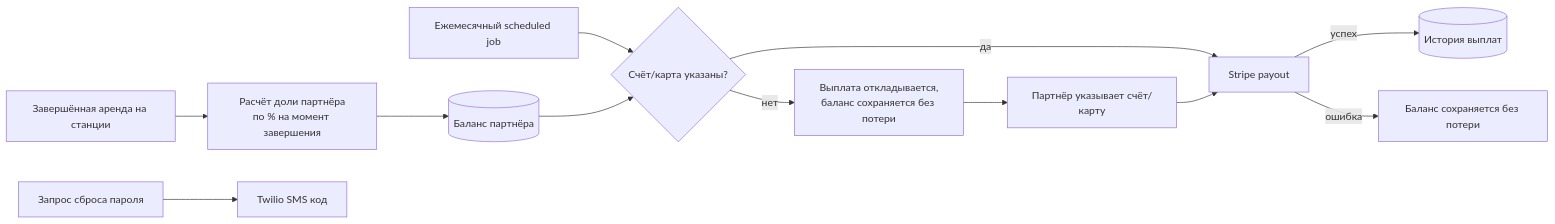
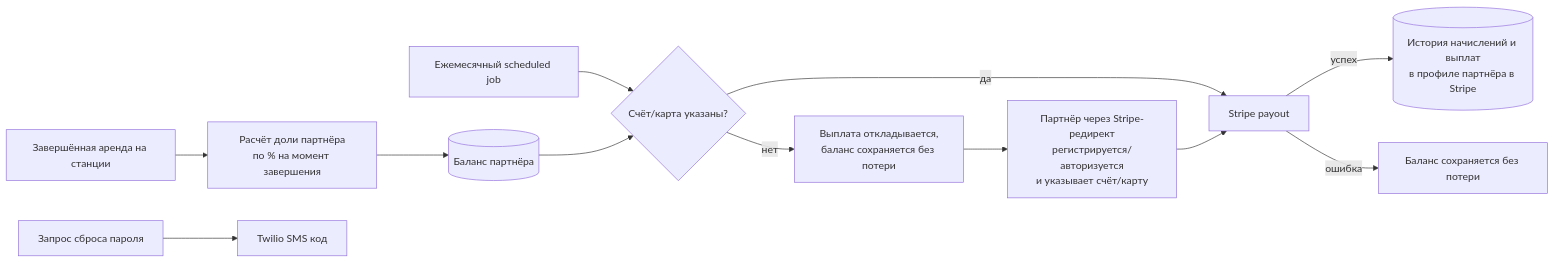
Before and after one commit to yatsin11-gif/example: the second of 2 diagrams in gozap-documentation/sa/docs/partners/partner-program/diagrams/overview.md, drawn with Mermaid. The commit also changed other lines of this file and 7 other files, not shown here.

````diff
--- a/gozap-documentation/sa/docs/partners/partner-program/diagrams/overview.md
+++ b/gozap-documentation/sa/docs/partners/partner-program/diagrams/overview.md
@@ -24,13 +25,13 @@
 ```mermaid
 flowchart LR
     RENT[Завершённая аренда на станции] --> CALC[Расчёт доли партнёра<br/>по % на момент завершения]
     CALC --> BAL[(Баланс партнёра)]
     SCHED[Ежемесячный scheduled job] --> CARD{Счёт/карта указаны?}
     BAL --> CARD
     CARD -->|да| PAY[Stripe payout]
     CARD -->|нет| WAIT[Выплата откладывается,<br/>баланс сохраняется без потери]
-    WAIT --> ADDCARD[Партнёр указывает счёт/карту] --> PAY
-    PAY -->|успех| HIST[(История выплат)]
+    WAIT --> ADDCARD[Партнёр через Stripe-редирект<br/>регистрируется/авторизуется<br/>и указывает счёт/карту] --> PAY
+    PAY -->|успех| HIST[(История начислений и выплат<br/>в профиле партнёра в Stripe)]
     PAY -->|ошибка| KEEP[Баланс сохраняется без потери]
     RESET[Запрос сброса пароля] --> TWILIO[Twilio SMS код]
 ```
````
